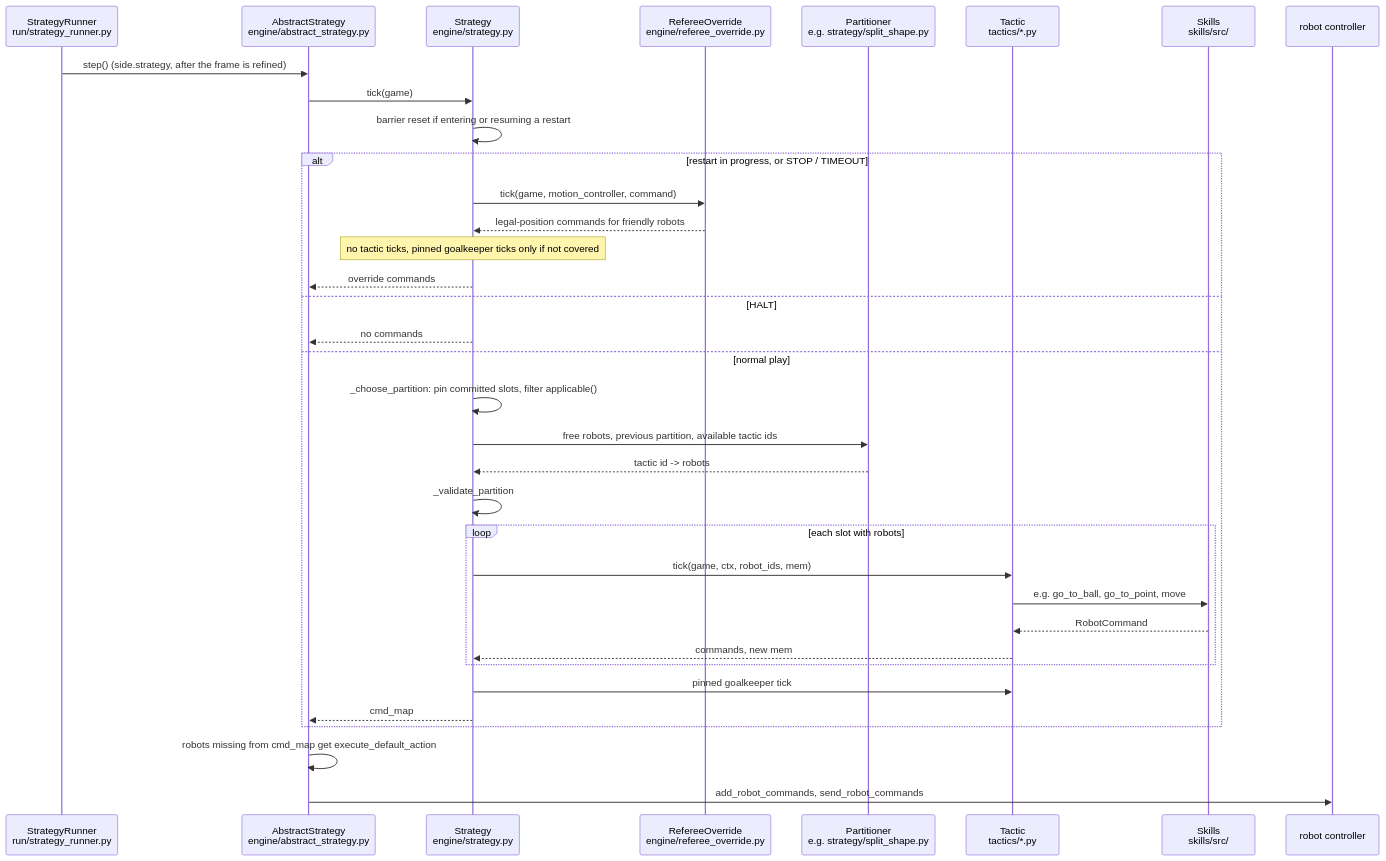
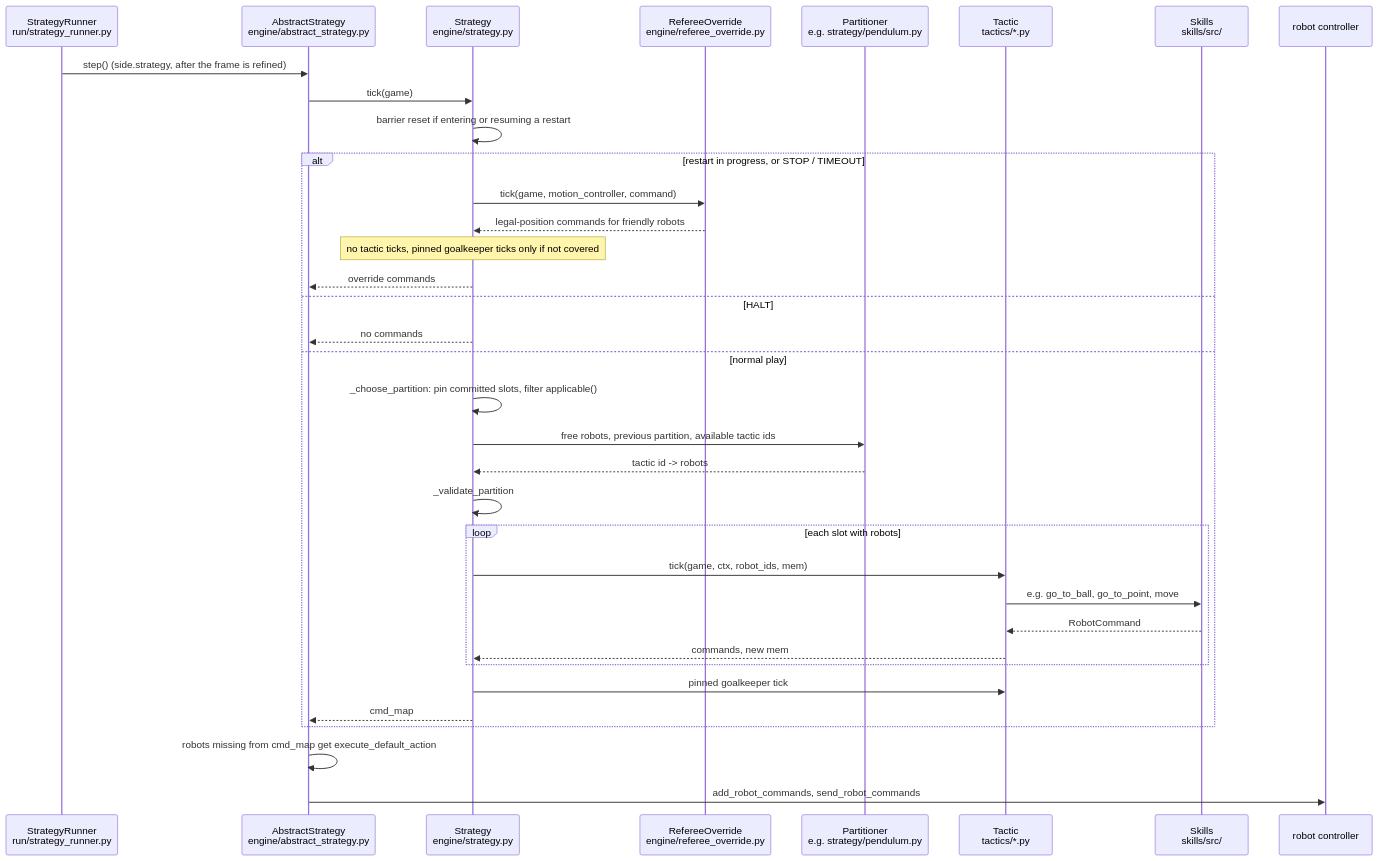
Before and after one commit to First-Order-RoboCup-SSL/Utama-Core: the first of 5 diagrams in docs/STRATEGY_DEVELOPMENT.md, drawn with Mermaid. The commit also changed other lines of this file and 71 other files, not shown here.

````diff
--- a/docs/STRATEGY_DEVELOPMENT.md
+++ b/docs/STRATEGY_DEVELOPMENT.md
@@ -51,38 +51,38 @@
 ```mermaid
 sequenceDiagram
     participant SR as StrategyRunner<br/>run/strategy_runner.py
     participant AS as AbstractStrategy<br/>engine/abstract_strategy.py
     participant S as Strategy<br/>engine/strategy.py
     participant RO as RefereeOverride<br/>engine/referee_override.py
-    participant P as Partitioner<br/>e.g. strategy/split_shape.py
+    participant P as Partitioner<br/>e.g. strategy/pendulum.py
     participant T as Tactic<br/>tactics/*.py
     participant SK as Skills<br/>skills/src/
     participant RC as robot controller
 
     SR->>AS: step() (side.strategy, after the frame is refined)
     AS->>S: tick(game)
     S->>S: barrier reset if entering or resuming a restart
     alt restart in progress, or STOP / TIMEOUT
         S->>RO: tick(game, motion_controller, command)
         RO-->>S: legal-position commands for friendly robots
         Note over S: no tactic ticks, pinned goalkeeper ticks only if not covered
         S-->>AS: override commands
     else HALT
         S-->>AS: no commands
     else normal play
         S->>S: _choose_partition: pin committed slots, filter applicable()
         S->>P: free robots, previous partition, available tactic ids
         P-->>S: tactic id -> robots
         S->>S: _validate_partition
         loop each slot with robots
             S->>T: tick(game, ctx, robot_ids, mem)
             T->>SK: e.g. go_to_ball, go_to_point, move
             SK-->>T: RobotCommand
             T-->>S: commands, new mem
         end
         S->>T: pinned goalkeeper tick
         S-->>AS: cmd_map
     end
     AS->>AS: robots missing from cmd_map get execute_default_action
     AS->>RC: add_robot_commands, send_robot_commands
 ```
````
